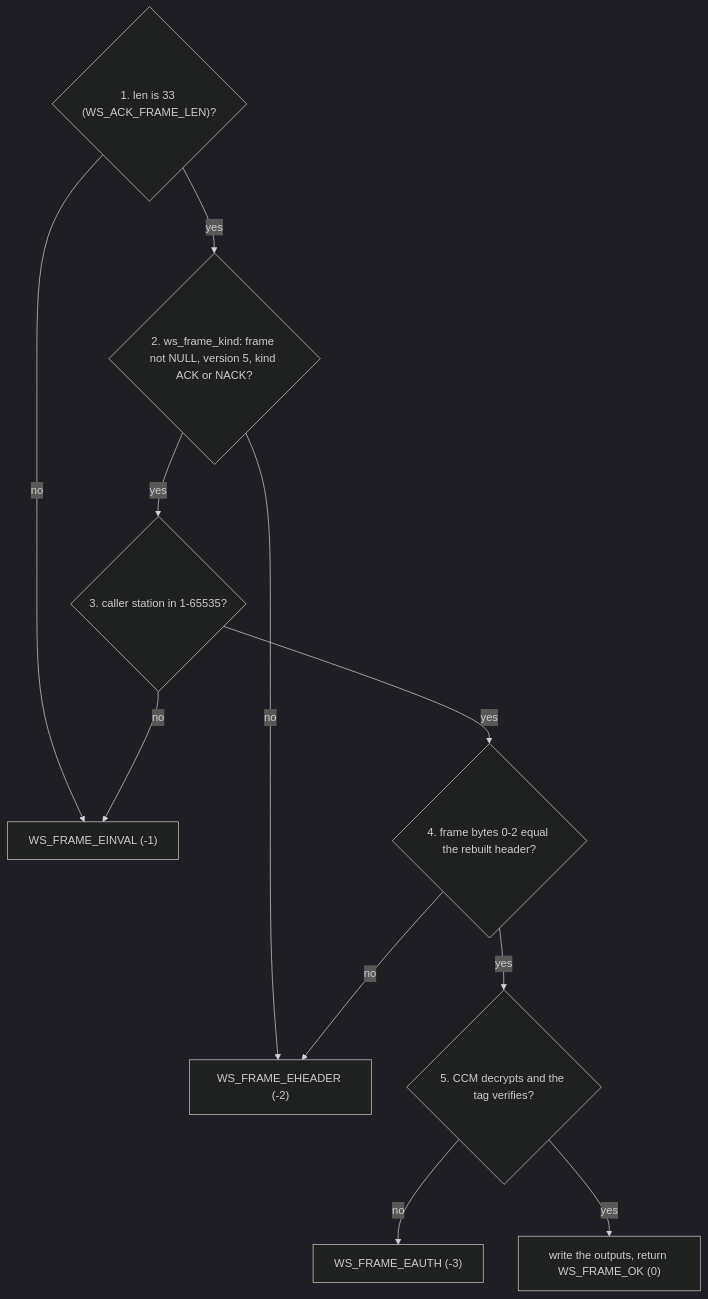
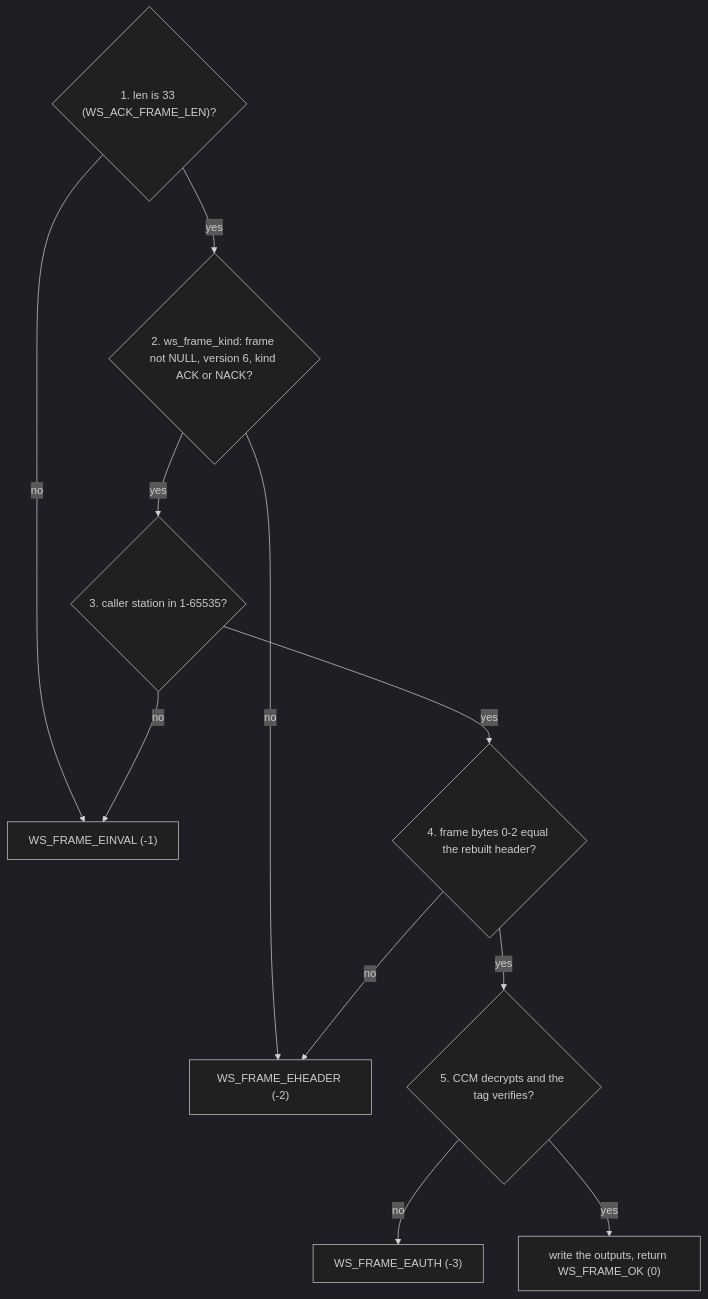
The sixth of 7 diagrams in firmware/common/ws_frame.lit.md (clintecker/weather-station-2026), drawn with Mermaid (dark theme) before and after one commit. The commit also changed other lines of this file and 303 other files, not shown here.

````diff
--- a/firmware/common/ws_frame.lit.md
+++ b/firmware/common/ws_frame.lit.md
@@ -296,13 +298,13 @@
 ```mermaid
 flowchart TD
     A{"1. len is 33 (WS_ACK_FRAME_LEN)?"} -- no --> E1["WS_FRAME_EINVAL (-1)"]
-    A -- yes --> B{"2. ws_frame_kind: frame not NULL, version 5, kind ACK or NACK?"}
+    A -- yes --> B{"2. ws_frame_kind: frame not NULL, version 6, kind ACK or NACK?"}
     B -- no --> E2["WS_FRAME_EHEADER (-2)"]
     B -- yes --> C{"3. caller station in 1-65535?"}
     C -- no --> E1
     C -- yes --> D{"4. frame bytes 0-2 equal the rebuilt header?"}
     D -- no --> E2
     D -- yes --> F{"5. CCM decrypts and the tag verifies?"}
     F -- no --> E3["WS_FRAME_EAUTH (-3)"]
     F -- yes --> OK["write the outputs, return WS_FRAME_OK (0)"]
 ```
````
